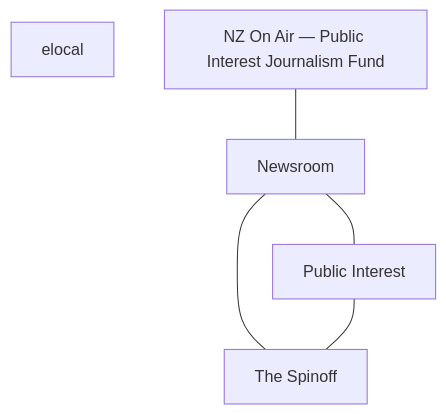
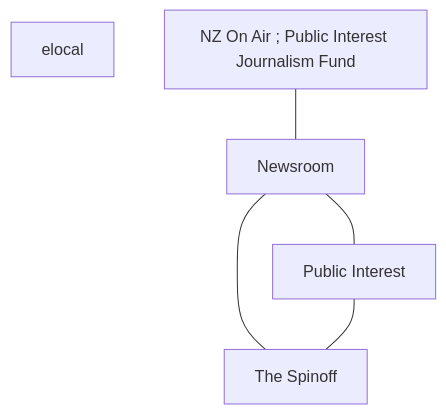
One commit to olitreadwell/nz-tech-for-good changed diagram 22 of 24 in GUIDE.md. Above: the diagram before and after it, drawn with Mermaid. The commit also changed other lines of this file and 19 other files, not shown here.

````diff
--- a/GUIDE.md
+++ b/GUIDE.md
@@ -439,12 +439,12 @@
 ```mermaid
 flowchart TD
     n_elocal["elocal"]
     n_Newsroom["Newsroom"]
-    n_NZOnAirPublicInterestJou["NZ On Air — Public Interest Journalism Fund"]
+    n_NZOnAirPublicInterestJou["NZ On Air ; Public Interest Journalism Fund"]
     n_PublicInterest["Public Interest"]
     n_TheSpinoff["The Spinoff"]
     n_NZOnAirPublicInterestJou --- n_Newsroom
     n_Newsroom --- n_PublicInterest
     n_Newsroom --- n_TheSpinoff
     n_PublicInterest --- n_TheSpinoff
 ```
````
